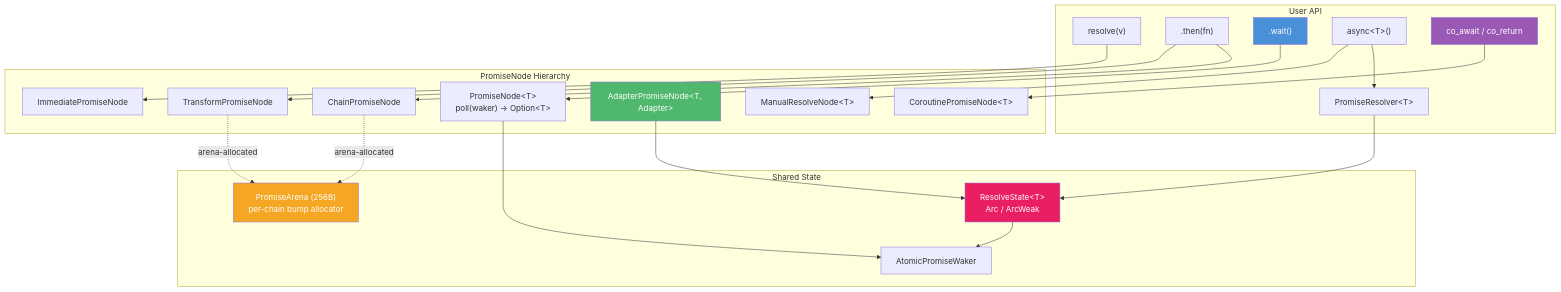
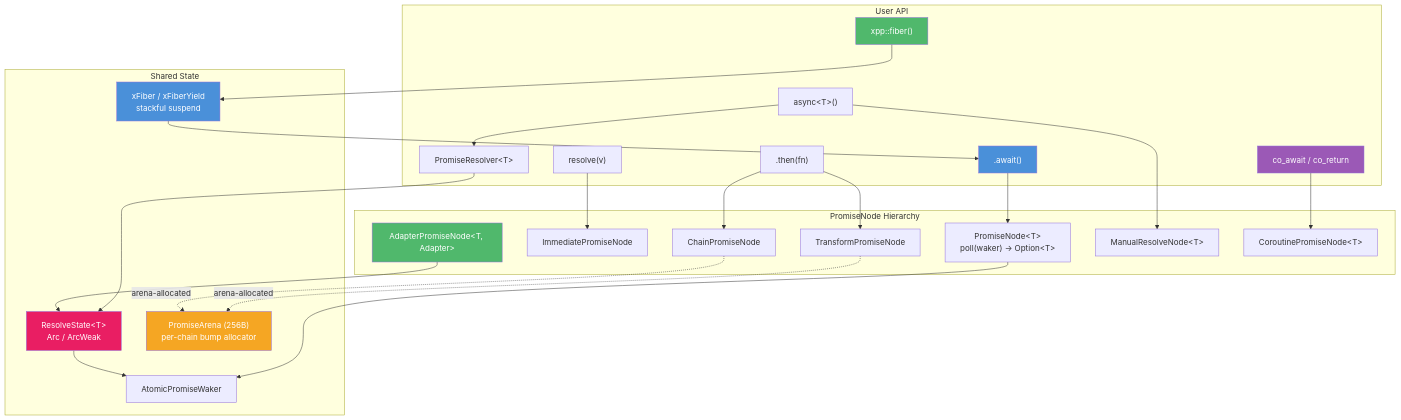
One commit to mivinci/x changed the diagram in docs/libxpp/promise/README.md. Above: the diagram before and after it, drawn with Mermaid. The commit also changed other lines of this file and 75 other files, not shown here.

First line of the commit message:
docs: promote .await() as primary API, add fiber narrative throughout

````diff
--- a/docs/libxpp/promise/README.md
+++ b/docs/libxpp/promise/README.md
@@ -51,47 +59,53 @@
 ```mermaid
 graph TD
     subgraph "User API"
         PR["resolve(v)"]
         CHAIN[".then(fn)"]
-        WAIT[".wait()"]
+        AWAIT[".await()"]
+        FIBER["xpp::fiber()"]
         ASYNC["async&lt;T&gt;()"]
         PRR["PromiseResolver&lt;T&gt;"]
         CORO["co_await / co_return"]
     end
 
     subgraph "PromiseNode Hierarchy"
         BASE["PromiseNode&lt;T&gt;<br/>poll(waker) → Option&lt;T&gt;"]
         IMM["ImmediatePromiseNode"]
         TRANS["TransformPromiseNode"]
         CHAINP["ChainPromiseNode"]
         ADAPT["AdapterPromiseNode&lt;T, Adapter&gt;"]
         MANUAL["ManualResolveNode&lt;T&gt;"]
         COROP["CoroutinePromiseNode&lt;T&gt;"]
     end
 
     subgraph "Shared State"
         RS["ResolveState&lt;T&gt;<br/>Arc / ArcWeak"]
         AW["AtomicPromiseWaker"]
         ARENA["PromiseArena (256B)<br/>per-chain bump allocator"]
+        FIB["xFiber / xFiberYield<br/>stackful suspend"]
     end
 
     PR --> IMM
     CHAIN --> TRANS
     CHAIN --> CHAINP
     ASYNC --> MANUAL
     ASYNC --> PRR
     PRR --> RS
     ADAPT --> RS
     CORO --> COROP
-    WAIT --> BASE
+    AWAIT --> BASE
+    FIBER --> FIB
+    FIB --> AWAIT
     BASE --> AW
     RS --> AW
     TRANS -.->|arena-allocated| ARENA
     CHAINP -.->|arena-allocated| ARENA
 
-    style WAIT fill:#4a90d9,color:#fff
+    style AWAIT fill:#4a90d9,color:#fff
+    style FIBER fill:#50b86c,color:#fff
     style RS fill:#e91e63,color:#fff
     style ADAPT fill:#50b86c,color:#fff
     style ARENA fill:#f5a623,color:#fff
     style CORO fill:#9b59b6,color:#fff
+    style FIB fill:#4a90d9,color:#fff
 ```
````
